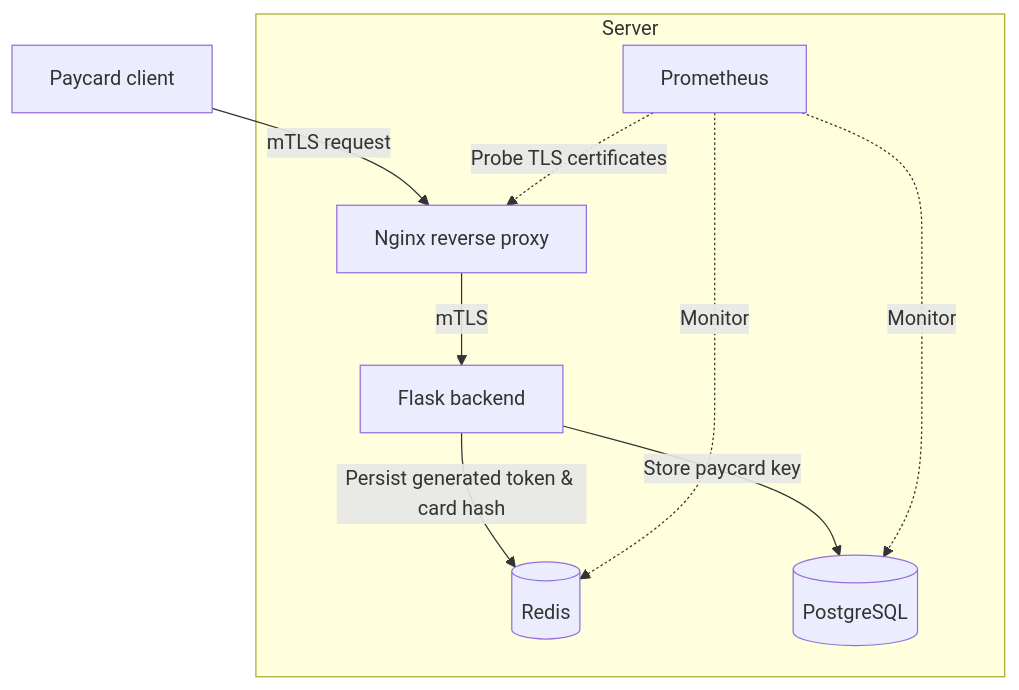
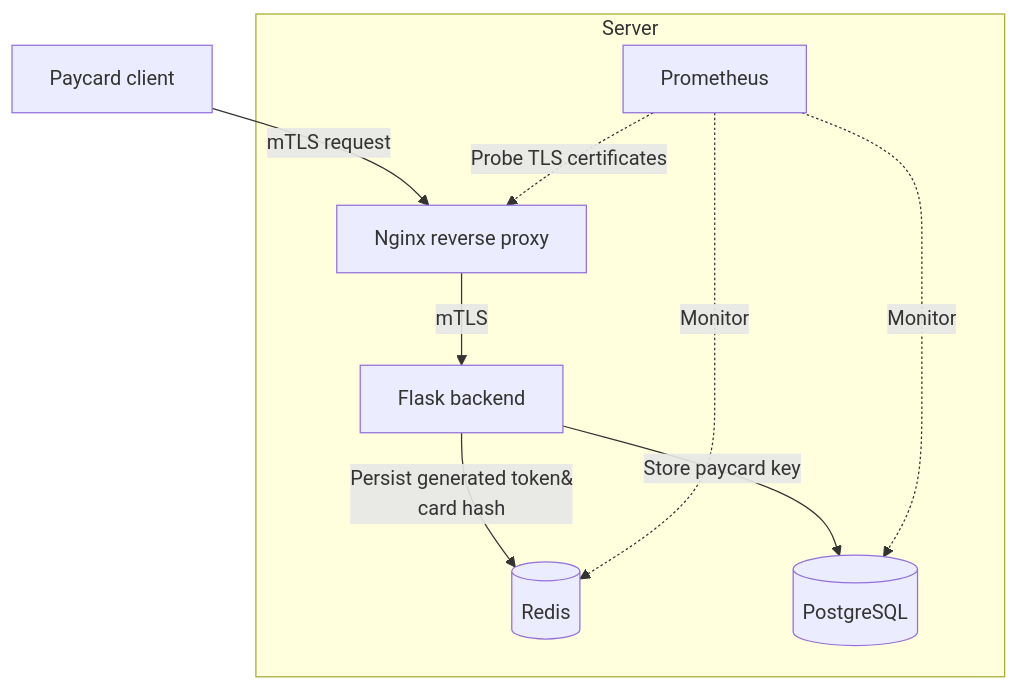
The diagram in README.md (Mynameissuha/projectx), drawn with Mermaid before and after one commit.

````diff
--- a/README.md
+++ b/README.md
@@ -27,14 +27,14 @@
 ```mermaid
 flowchart TD
     Client["Paycard client"] -->|"mTLS request"| Nginx["Nginx reverse proxy"]
 
     subgraph Server["Server"]
         Nginx -->|"mTLS"| Flask["Flask backend"]
-        Flask -->|"Persist generated token & card hash"| Redis[("Redis")]
+        Flask -->|"Persist generated token&<br>card hash"| Redis[("Redis")]
         Flask -->|"Store paycard key"| Postgres[("PostgreSQL")]
 
         Prometheus["Prometheus"] -.->|"Probe TLS certificates"| Nginx
         Prometheus -.->|"Monitor"| Redis
         Prometheus -.->|"Monitor"| Postgres
     end
 ```
````
